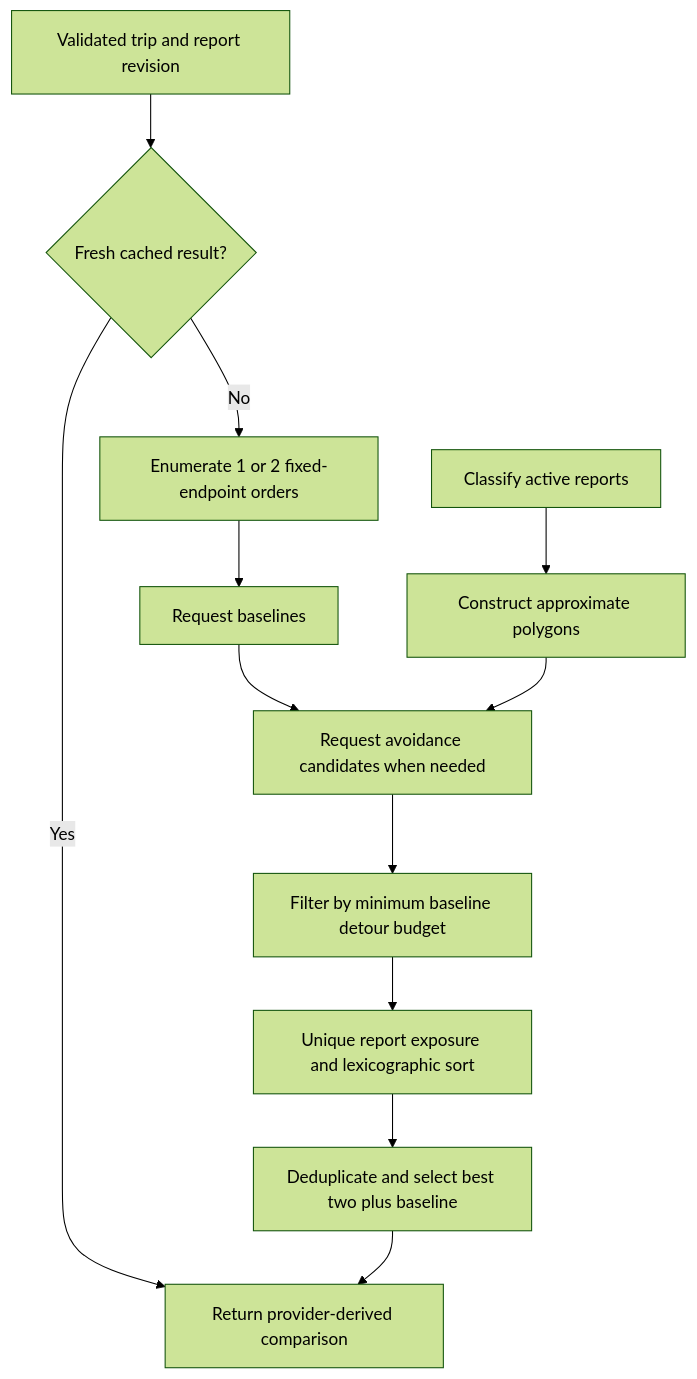
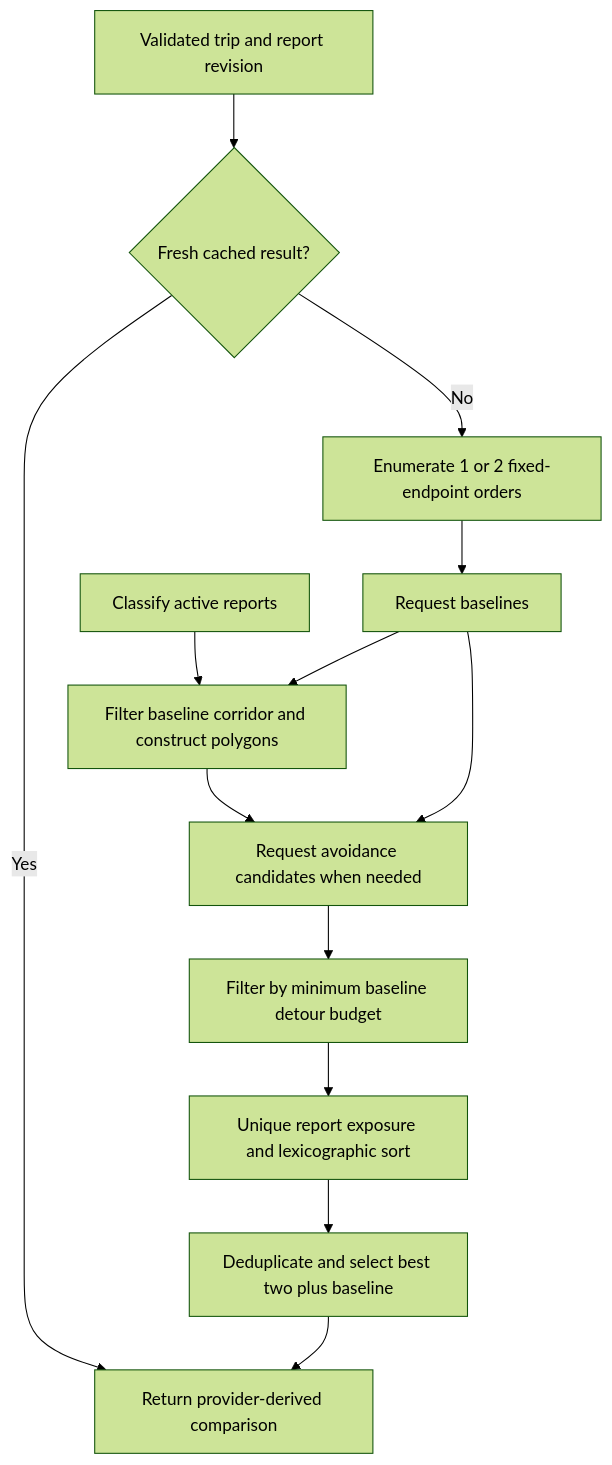
Before and after one commit to aditya-raj9125/PaaniPath: the first of 2 diagrams in docs/ALGORITHMS.md, drawn with Mermaid (forest theme). The commit also changed other lines of this file and 3 other files, not shown here.

````diff
--- a/docs/ALGORITHMS.md
+++ b/docs/ALGORITHMS.md
@@ -70,14 +72,15 @@
 ```mermaid
 flowchart TD
   Input[Validated trip and report revision] --> Cache{Fresh cached result?}
   Cache -->|Yes| Return[Return provider-derived comparison]
   Cache -->|No| Orders[Enumerate 1 or 2 fixed-endpoint orders]
   Orders --> Base[Request baselines]
-  Reports[Classify active reports] --> Avoid[Construct approximate polygons]
+  Reports[Classify active reports] --> Avoid[Filter baseline corridor and construct polygons]
+  Base --> Avoid
   Base --> Detours[Request avoidance candidates when needed]
   Avoid --> Detours
   Detours --> Budget[Filter by minimum baseline detour budget]
   Budget --> Score[Unique report exposure and lexicographic sort]
   Score --> Select[Deduplicate and select best two plus baseline]
   Select --> Return
 ```
````
